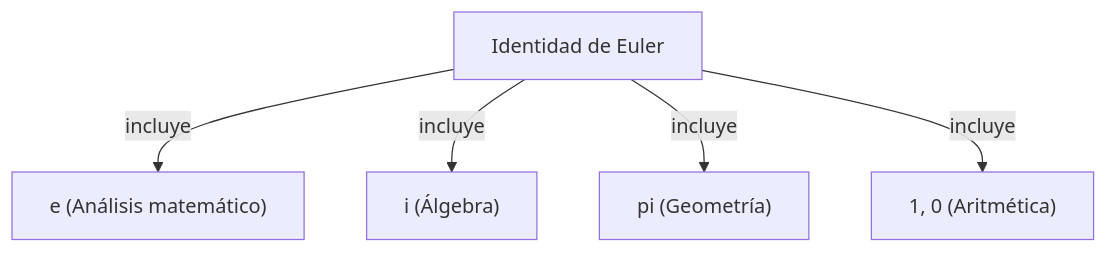
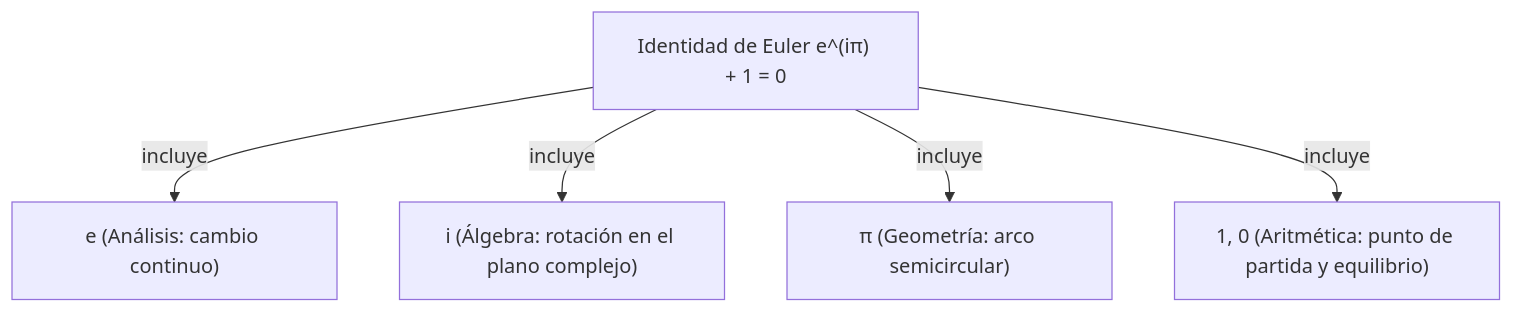
One commit to kenjinote/blog changed the diagram in content/post/eulers-identity/index.es.md. Above: the diagram before and after it, drawn with Mermaid. The commit also changed other lines of this file and 7 other files, not shown here.

````diff
--- a/content/post/eulers-identity/index.es.md
+++ b/content/post/eulers-identity/index.es.md
@@ -31,7 +142,7 @@
 ```mermaid
 graph TD
-    A["Identidad de Euler"] -->|"incluye"| B["e (Análisis matemático)"]
-    A -->|"incluye"| C["i (Álgebra)"]
-    A -->|"incluye"| D["pi (Geometría)"]
-    A -->|"incluye"| E["1, 0 (Aritmética)"]
+    A["Identidad de Euler e^(iπ) + 1 = 0"] -->|"incluye"| B["e (Análisis: cambio continuo)"]
+    A -->|"incluye"| C["i (Álgebra: rotación en el plano complejo)"]
+    A -->|"incluye"| D["π (Geometría: arco semicircular)"]
+    A -->|"incluye"| E["1, 0 (Aritmética: punto de partida y equilibrio)"]
 ```
````
